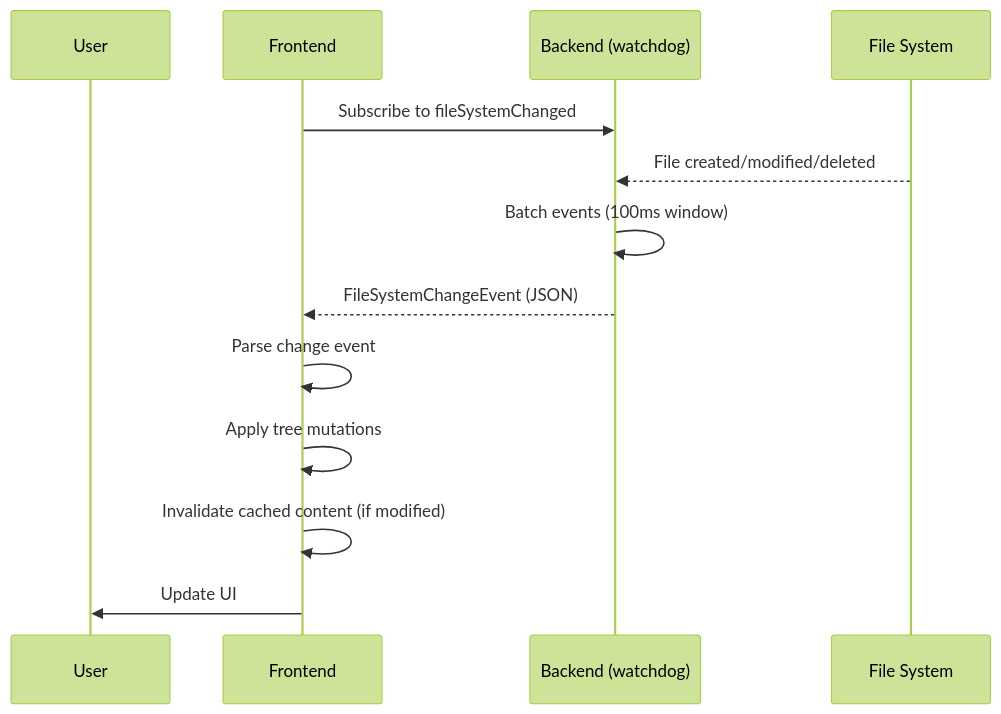
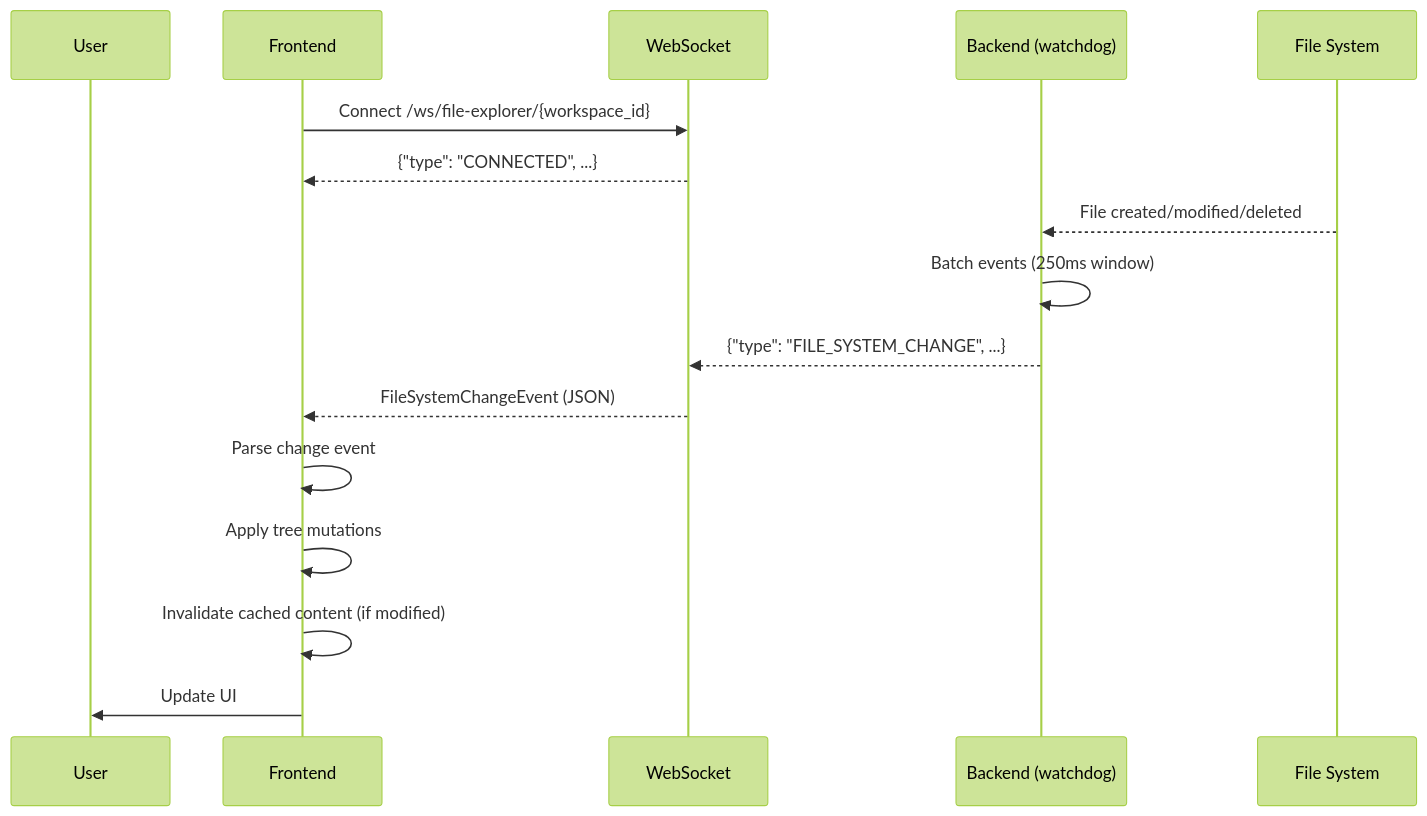
One commit to AutoByteus/autobyteus-web changed the third of 3 diagrams in docs/file_explorer.md. Above: the diagram before and after it, drawn with Mermaid (forest theme). The commit also changed other lines of this file and 12 other files, not shown here.

First line of the commit message:
feat: replace GraphQL subscription with WebSocket streaming for file explorer

````diff
--- a/docs/file_explorer.md
+++ b/docs/file_explorer.md
@@ -473,18 +531,21 @@
 ```mermaid
 sequenceDiagram
     participant User
     participant Frontend
+    participant WebSocket
     participant Backend as Backend (watchdog)
     participant FS as File System
 
-    Frontend->>Backend: Subscribe to fileSystemChanged
+    Frontend->>WebSocket: Connect /ws/file-explorer/{workspace_id}
+    WebSocket-->>Frontend: {"type": "CONNECTED", ...}
 
     FS-->>Backend: File created/modified/deleted
-    Backend->>Backend: Batch events (100ms window)
-    Backend-->>Frontend: FileSystemChangeEvent (JSON)
+    Backend->>Backend: Batch events (250ms window)
+    Backend-->>WebSocket: {"type": "FILE_SYSTEM_CHANGE", ...}
+    WebSocket-->>Frontend: FileSystemChangeEvent (JSON)
 
     Frontend->>Frontend: Parse change event
     Frontend->>Frontend: Apply tree mutations
     Frontend->>Frontend: Invalidate cached content (if modified)
     Frontend->>User: Update UI
 ```
````
